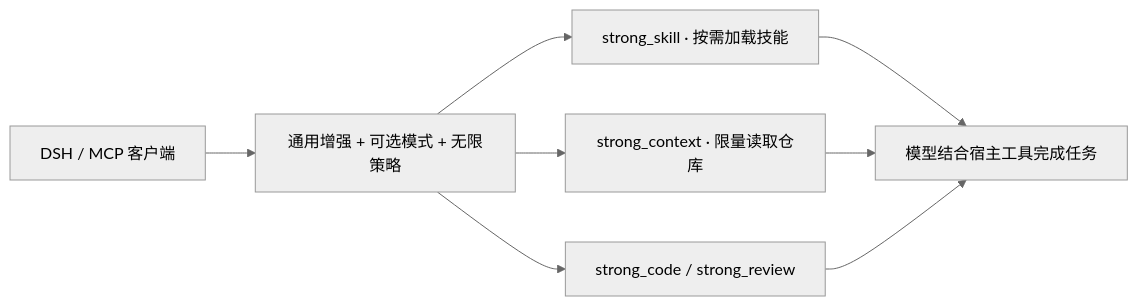
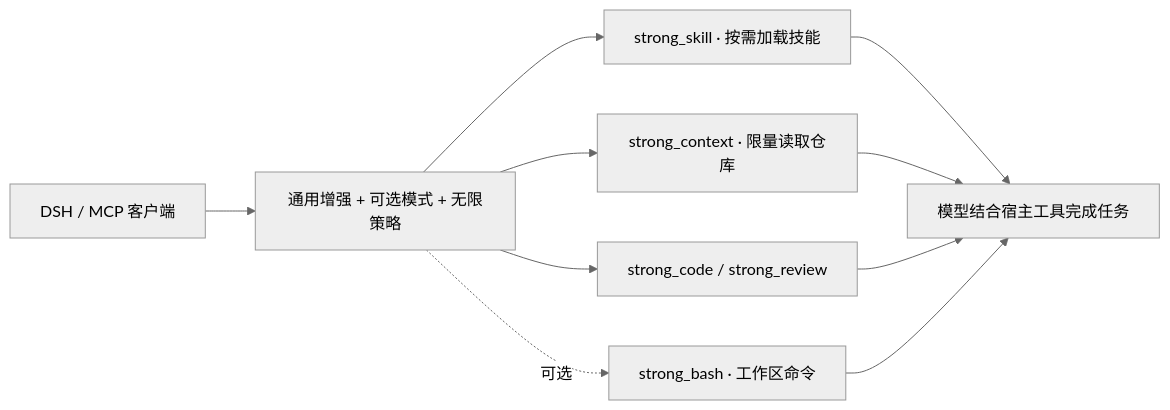
Before and after one commit to wemebabo57-a11y/dsh-mcp-strong-and-skills: the diagram in README.md, drawn with Mermaid (neutral theme). The commit also changed other lines of this file and 22 other files, not shown here.

````diff
--- a/README.md
+++ b/README.md
@@ -286,10 +292,12 @@
 ```mermaid
 flowchart LR
     Host[DSH / MCP 客户端] --> Gateway[通用增强 + 可选模式 + 无限策略]
     Gateway --> Skills[strong_skill · 按需加载技能]
     Gateway --> Context[strong_context · 限量读取仓库]
     Gateway --> Code[strong_code / strong_review]
+    Gateway -. 可选 .-> Bash[strong_bash · 工作区命令]
     Skills --> Model[模型结合宿主工具完成任务]
     Context --> Model
     Code --> Model
+    Bash --> Model
 ```
````
